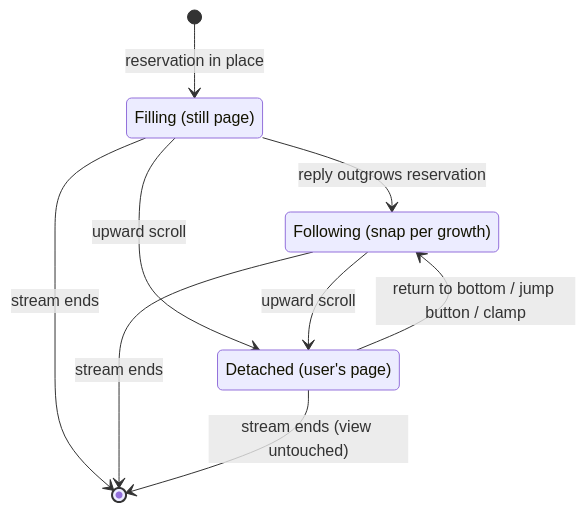
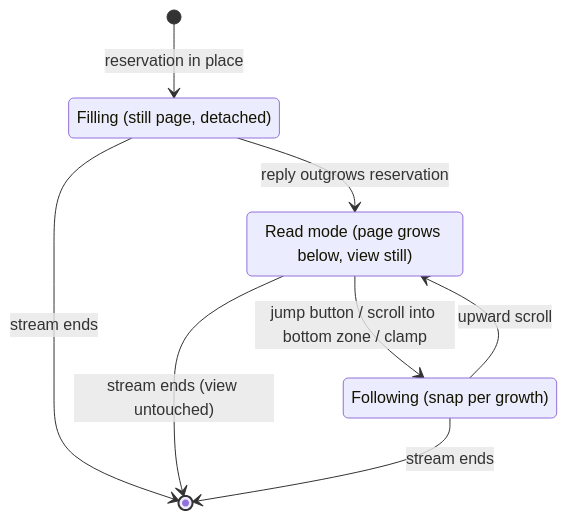
Before and after one commit to huggingface/chat-ui: the diagram in docs/scroll/features/streaming-and-reading.md, drawn with Mermaid. The commit also changed other lines of this file and 12 other files, not shown here.

````diff
--- a/docs/scroll/features/streaming-and-reading.md
+++ b/docs/scroll/features/streaming-and-reading.md
@@ -23,14 +24,13 @@
 ```mermaid
 stateDiagram-v2
-    state "Filling (still page)" as Fill
+    state "Filling (still page, detached)" as Fill
+    state "Read mode (page grows below, view still)" as Read
     state "Following (snap per growth)" as Follow
-    state "Detached (user's page)" as Detached
     [*] --> Fill : reservation in place
-    Fill --> Follow : reply outgrows reservation
-    Fill --> Detached : upward scroll
-    Follow --> Detached : upward scroll
-    Detached --> Follow : return to bottom / jump button / clamp
+    Fill --> Read : reply outgrows reservation
+    Read --> Follow : jump button / scroll into bottom zone / clamp
+    Follow --> Read : upward scroll
     Fill --> [*] : stream ends
+    Read --> [*] : stream ends (view untouched)
     Follow --> [*] : stream ends
-    Detached --> [*] : stream ends (view untouched)
 ```
````
